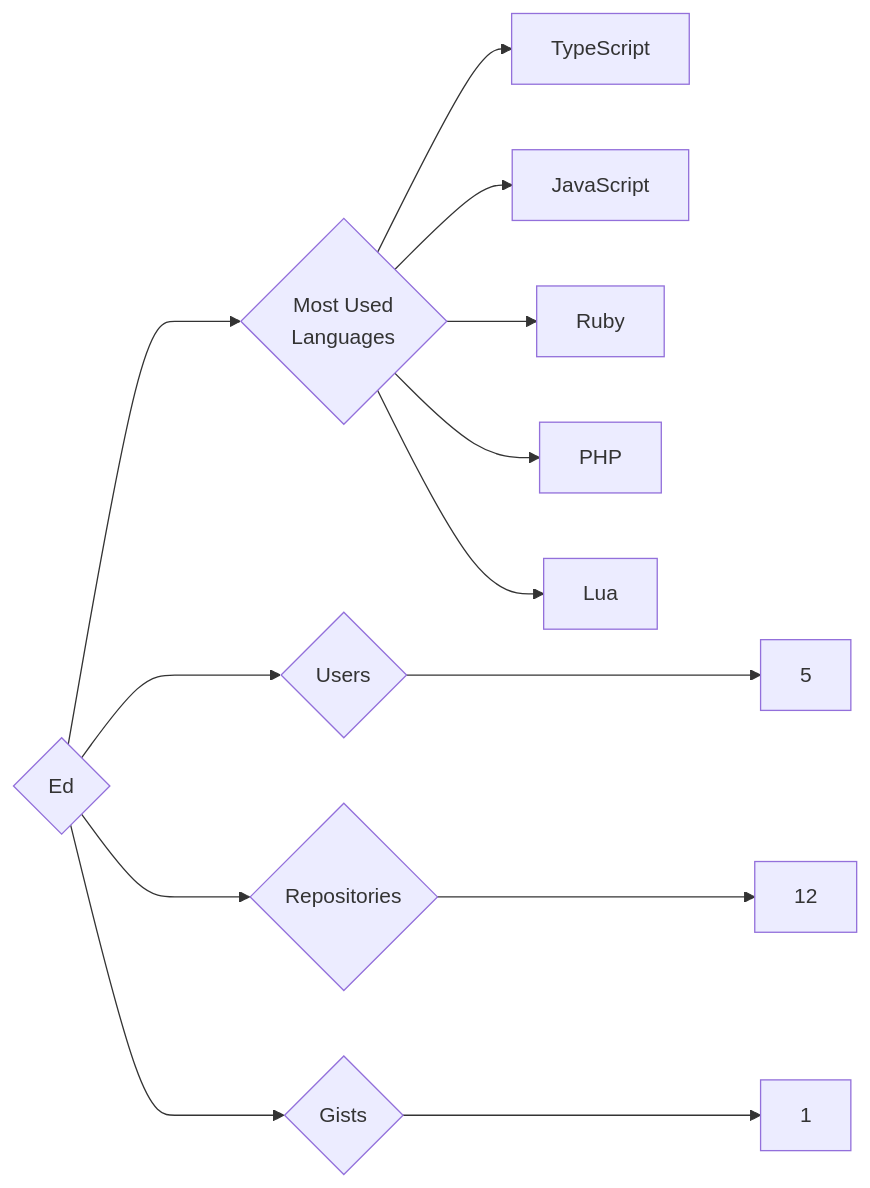
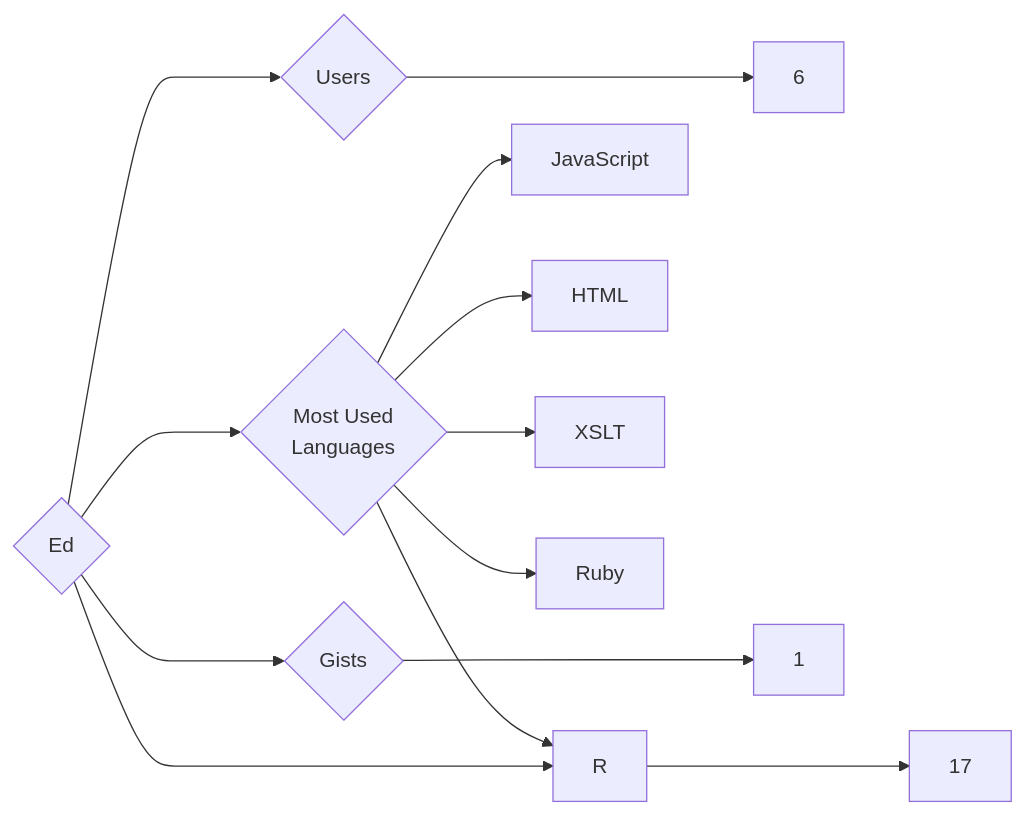
Before and after one commit to trickest/insiders: the diagram in targets/Ed/README.md, drawn with Mermaid. The commit also changed 1167 other files, not shown here.

````diff
--- a/targets/Ed/README.md
+++ b/targets/Ed/README.md
@@ -3,13 +3,13 @@
 ```mermaid
 graph LR
 COMPANY_NAME{Ed}
-COMPANY_NAME ---> U{Users} ---> UN[5]
-COMPANY_NAME ---> R{Repositories} ---> RN[12]
+COMPANY_NAME ---> U{Users} ---> UN[6]
+COMPANY_NAME ---> R{Repositories} ---> RN[17]
 COMPANY_NAME ---> G{Gists} ---> GN[1]
 COMPANY_NAME ---> ML{Most Used<br>Languages}
-ML --> TypeScript[TypeScript]
 ML --> JavaScript[JavaScript]
+ML --> R[R]
+ML --> HTML[HTML]
+ML --> XSLT[XSLT]
 ML --> Ruby[Ruby]
-ML --> PHP[PHP]
-ML --> Lua[Lua]
 ```
````
